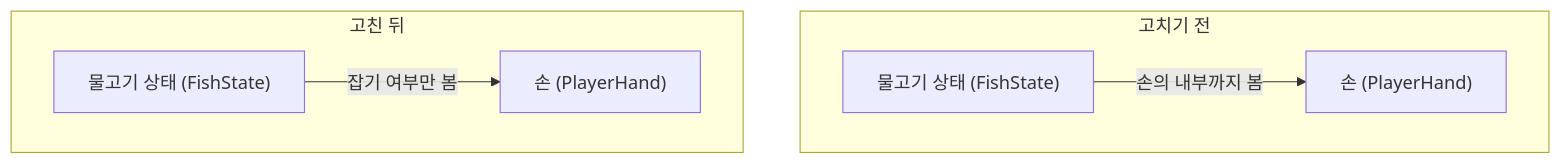
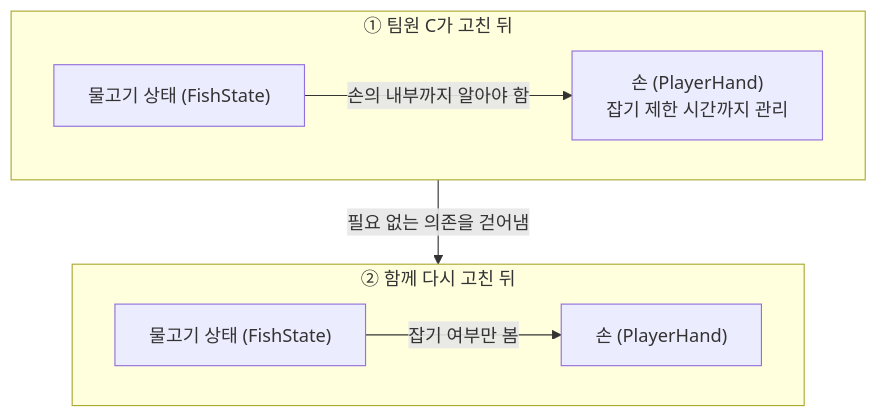
One commit to SaGiKun4/portfolio-SaGiKun4 changed diagram 11 of 12 in src/02-WeGotOne/프로젝트문서.md. Above: the diagram before and after it, drawn with Mermaid. The commit also changed other lines of this file and 89 other files, not shown here.

````diff
--- a/src/02-WeGotOne/프로젝트문서.md
+++ b/src/02-WeGotOne/프로젝트문서.md
@@ -438,9 +452,12 @@
 ```mermaid
 flowchart TB
-    subgraph BEFORE["고치기 전"]
-        F1["물고기 상태 (FishState)"] -->|"손의 내부까지 봄"| H1["손 (PlayerHand)"]
+    subgraph BEFORE["① 팀원 C가 고친 뒤"]
+        direction LR
+        F1["물고기 상태 (FishState)"] -->|"손의 내부까지 알아야 함"| H1["손 (PlayerHand)<br/>잡기 제한 시간까지 관리"]
     end
-    subgraph AFTER["고친 뒤"]
+    subgraph AFTER["② 함께 다시 고친 뒤"]
+        direction LR
         F2["물고기 상태 (FishState)"] -->|"잡기 여부만 봄"| H2["손 (PlayerHand)"]
     end
+    BEFORE -->|"필요 없는 의존을 걷어냄"| AFTER
 ```
````
